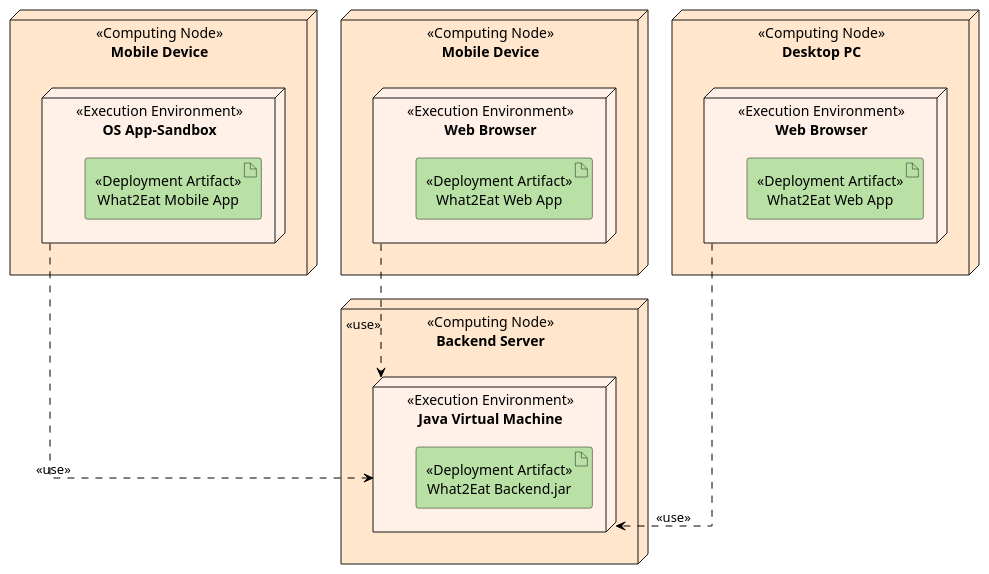
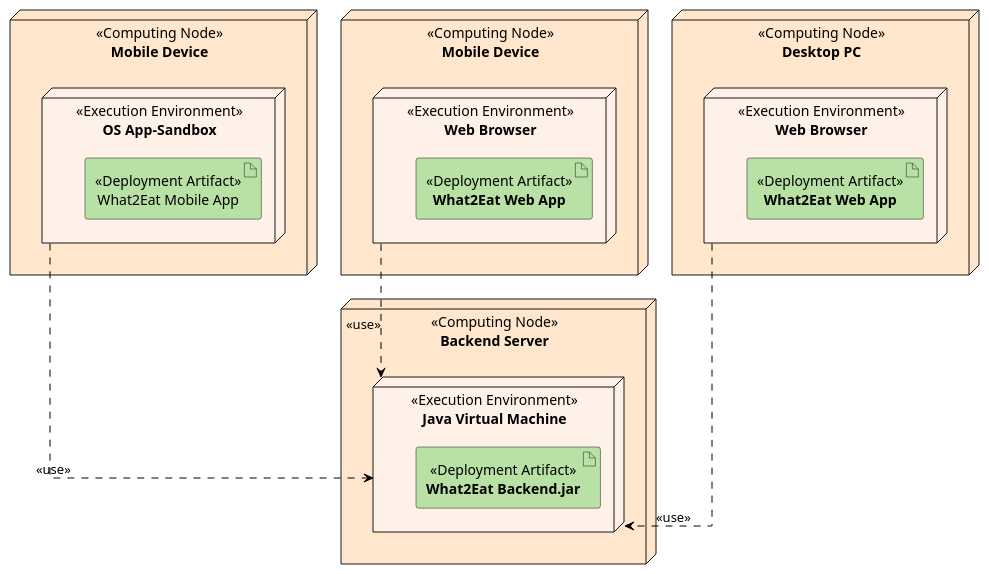
The diagram in what2eat/4.6-deployment-and-operation-2.plantuml (YanChunChang/BA_Plantuml), drawn with PlantUML before and after one commit. The commit also changed 13 other files, not shown here.

```diff
--- a/what2eat/4.6-deployment-and-operation-2.plantuml
+++ b/what2eat/4.6-deployment-and-operation-2.plantuml
@@ -1,43 +1,43 @@
 @startuml deployment server
 
 skinparam  {
     node {
         FontStyle normal
         BackgroundColor #ffe6cc
     }
     artifact {
         FontStyle normal
         BackgroundColor #b9e0a5
     }
     linetype ortho
 }
 
 node "**Mobile Device**" <<Computing Node>> as a #ffe6cc{
     node "**OS App-Sandbox**" <<Execution Environment>> as e #fff0e8{
         artifact "What2Eat Mobile App" <<Deployment Artifact>> as i
     }
 }
 
 node "**Mobile Device**" <<Computing Node>> as b #ffe6cc{
     node "**Web Browser**" <<Execution Environment>> as f #fff0e8{
-        artifact "What2Eat Web App" <<Deployment Artifact>> as j
+        artifact "**What2Eat Web App**" <<Deployment Artifact>> as j
     }
 }
 
 node "**Desktop PC**" <<Computing Node>> as c #ffe6cc{
     node "**Web Browser**" <<Execution Environment>> as g #fff0e8{
-        artifact "What2Eat Web App" <<Deployment Artifact>> as k
+        artifact "**What2Eat Web App**" <<Deployment Artifact>> as k
     }
 }
 
 node "**Backend Server**" <<Computing Node>> as d #ffe6cc{
     node "**Java Virtual Machine**" <<Execution Environment>> as h #fff0e8{
-        artifact "What2Eat Backend.jar" <<Deployment Artifact>> as l
+        artifact "**What2Eat Backend.jar**" <<Deployment Artifact>> as l
     }
 }
 
 e --> h #black;line.dashed;:<<use>>
 f --> h #black;line.dashed;:<<use>>
 g --> h #black;line.dashed;:<<use>>
 
 @enduml
```
